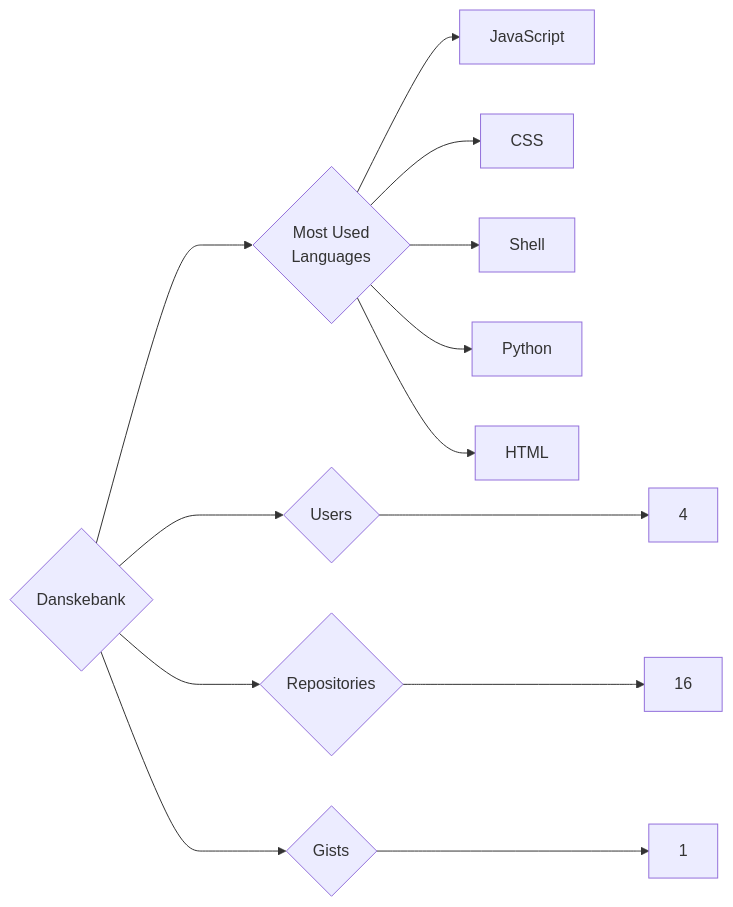
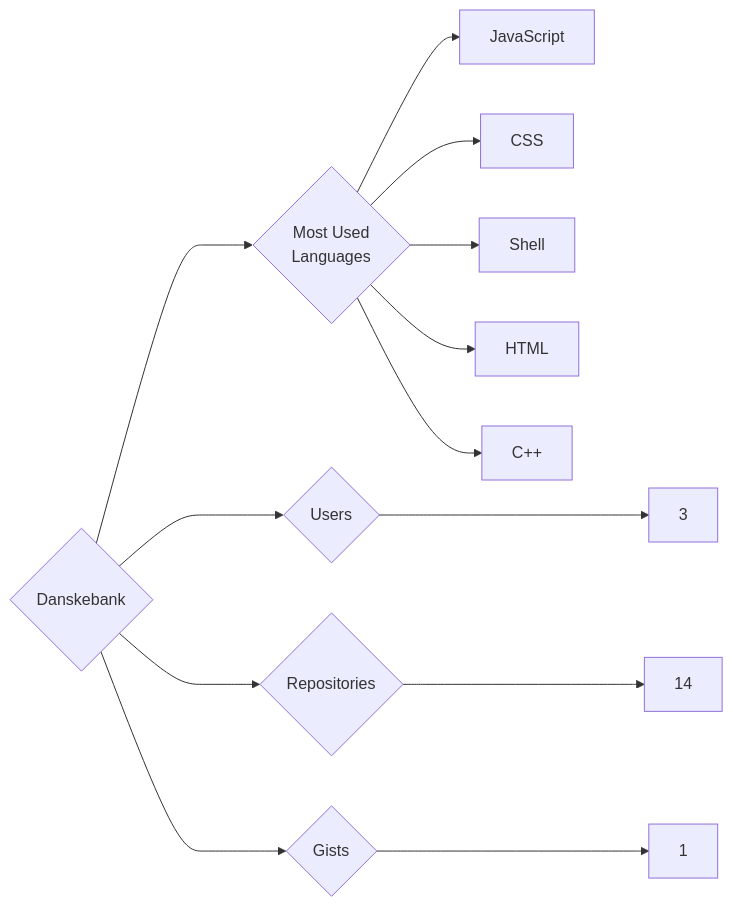
One commit to trickest/insiders changed the diagram in targets/Danskebank/README.md. Above: the diagram before and after it, drawn with Mermaid. The commit also changed 1148 other files, not shown here.

````diff
--- a/targets/Danskebank/README.md
+++ b/targets/Danskebank/README.md
@@ -3,13 +3,13 @@
 ```mermaid
 graph LR
 COMPANY_NAME{Danskebank}
-COMPANY_NAME ---> U{Users} ---> UN[4]
-COMPANY_NAME ---> R{Repositories} ---> RN[16]
+COMPANY_NAME ---> U{Users} ---> UN[3]
+COMPANY_NAME ---> R{Repositories} ---> RN[14]
 COMPANY_NAME ---> G{Gists} ---> GN[1]
 COMPANY_NAME ---> ML{Most Used<br>Languages}
 ML --> JavaScript[JavaScript]
 ML --> CSS[CSS]
 ML --> Shell[Shell]
-ML --> Python[Python]
 ML --> HTML[HTML]
+ML --> C++[C++]
 ```
````
